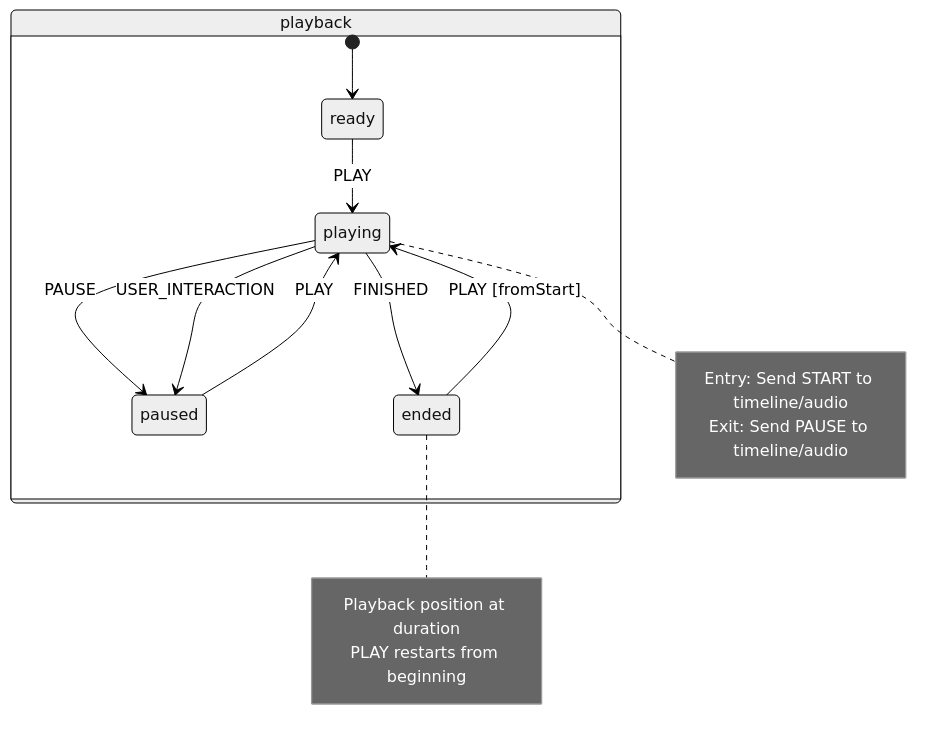
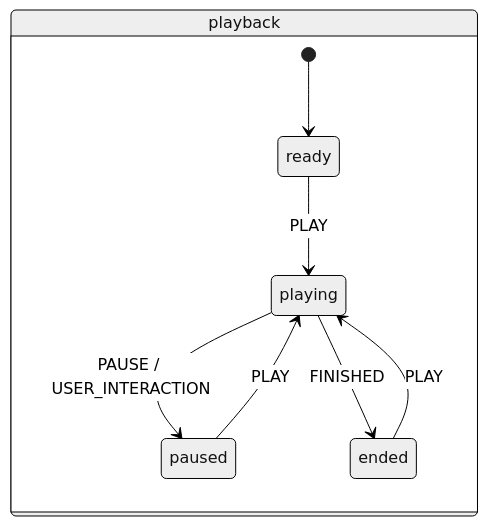
Before and after one commit to channyeintun/next-editor: the second of 4 diagrams in docs/state-machines.md, drawn with Mermaid (neutral theme). The commit also changed other lines of this file and 4 other files, not shown here.

````diff
--- a/docs/state-machines.md
+++ b/docs/state-machines.md
@@ -142,26 +100,11 @@
 ```mermaid
 stateDiagram-v2
     state playback {
         [*] --> ready
-
         ready --> playing : PLAY
-
-        playing --> paused : PAUSE
-        playing --> paused : USER_INTERACTION
+        playing --> paused : PAUSE / USER_INTERACTION
         playing --> ended : FINISHED
-
         paused --> playing : PLAY
-
-        ended --> playing : PLAY [fromStart]
+        ended --> playing : PLAY
     }
-
-    note right of playing
-        Entry: Send START to timeline/audio
-        Exit: Send PAUSE to timeline/audio
-    end note
-
-    note right of ended
-        Playback position at duration
-        PLAY restarts from beginning
-    end note
 ```
````
